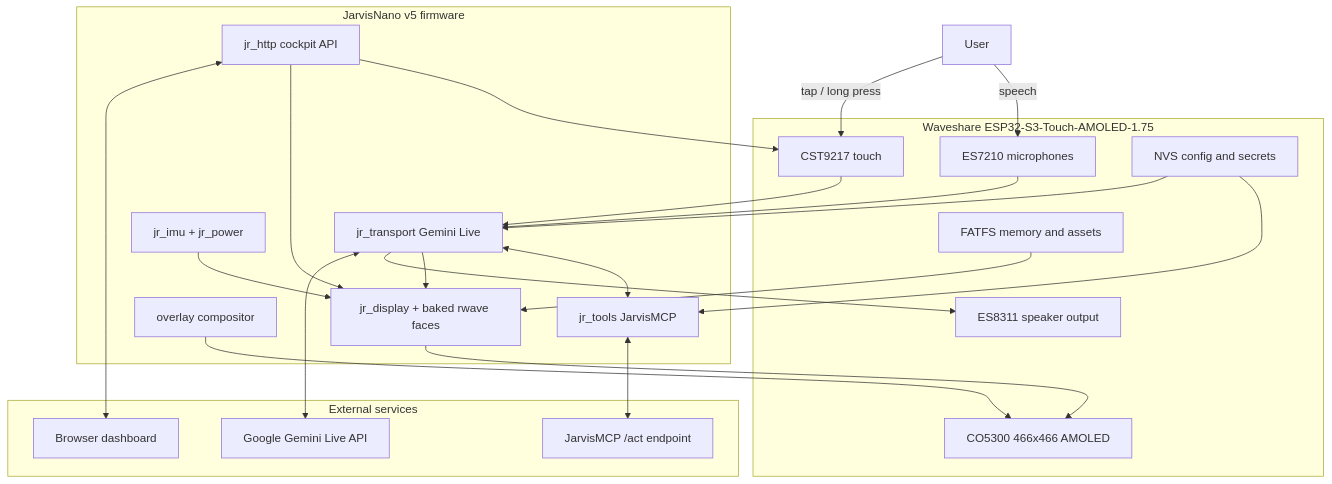
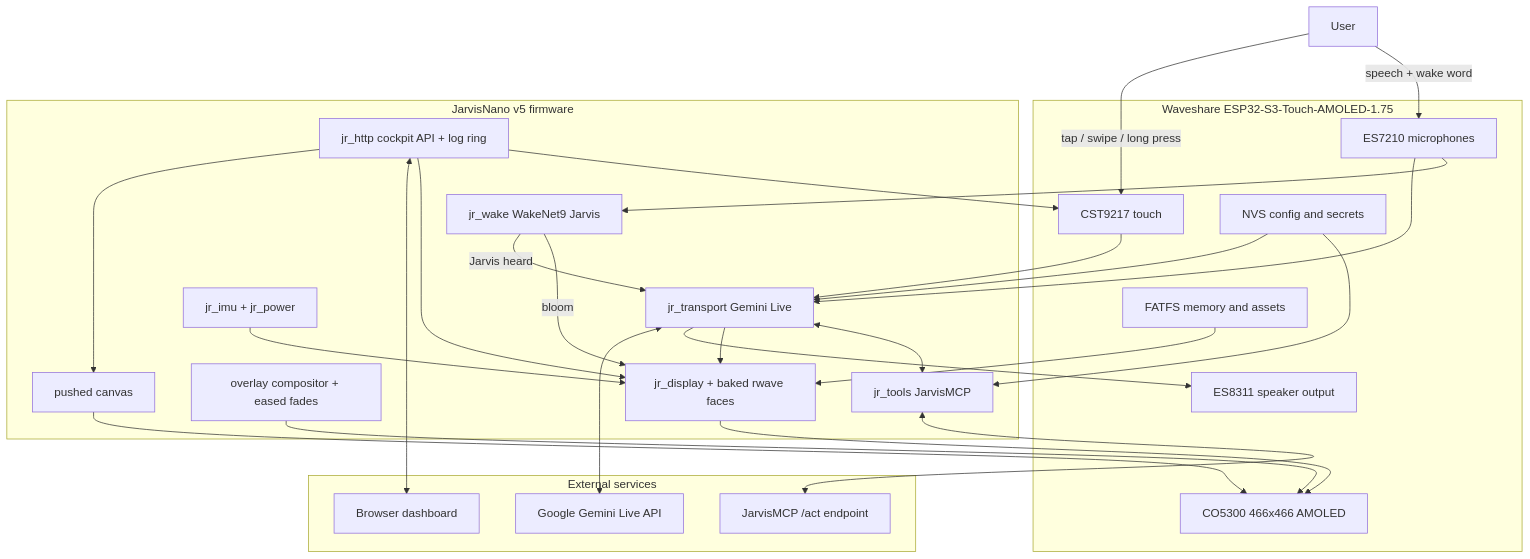
One commit to PascalAI2024/JarvisNano changed the diagram in README.md. Above: the diagram before and after it, drawn with Mermaid. The commit also changed other lines of this file and 3 other files, not shown here.

First line of the commit message:
docs: refresh for the 1.75C elevation day — README status+architecture, handoff rewrite, boards closed on evidence

````diff
--- a/README.md
+++ b/README.md
@@ -57,47 +57,54 @@
 ```mermaid
 flowchart TB
     User[User]
 
     subgraph Board[Waveshare ESP32-S3-Touch-AMOLED-1.75]
         Touch[CST9217 touch]
         Mic[ES7210 microphones]
         Speaker[ES8311 speaker output]
         Display[CO5300 466x466 AMOLED]
         NVS[NVS config and secrets]
         FATFS[FATFS memory and assets]
     end
 
     subgraph Firmware[JarvisNano v5 firmware]
         Gemini[jr_transport Gemini Live]
+        Wake[jr_wake WakeNet9 Jarvis]
         Face[jr_display + baked rwave faces]
-        HUD[overlay compositor]
-        HTTP[jr_http cockpit API]
+        HUD[overlay compositor + eased fades]
+        Canvas[pushed canvas]
+        HTTP[jr_http cockpit API + log ring]
         MCP[jr_tools JarvisMCP]
         IMU[jr_imu + jr_power]
     end
 
     subgraph External[External services]
         GeminiAPI[Google Gemini Live API]
         JarvisMCP[JarvisMCP /act endpoint]
         Browser[Browser dashboard]
     end
 
-    User -->|tap / long press| Touch
-    User -->|speech| Mic
+    User -->|tap / swipe / long press| Touch
+    User -->|speech + wake word| Mic
     Touch --> Gemini
     Mic --> Gemini
+    Mic --> Wake
+    Wake -->|"Jarvis" heard| Gemini
+    Wake -->|bloom| Face
+    HTTP --> Canvas
+    Canvas --> Display
     Gemini <--> GeminiAPI
     Gemini --> Speaker
     Gemini --> Face
     Gemini <--> MCP
     MCP <--> JarvisMCP
     Face --> Display
     HUD --> Display
     IMU --> Face
     NVS --> Gemini
     NVS --> MCP
     FATFS --> Face
     HTTP <--> Browser
     HTTP --> Face
     HTTP --> Touch
 ```
````
